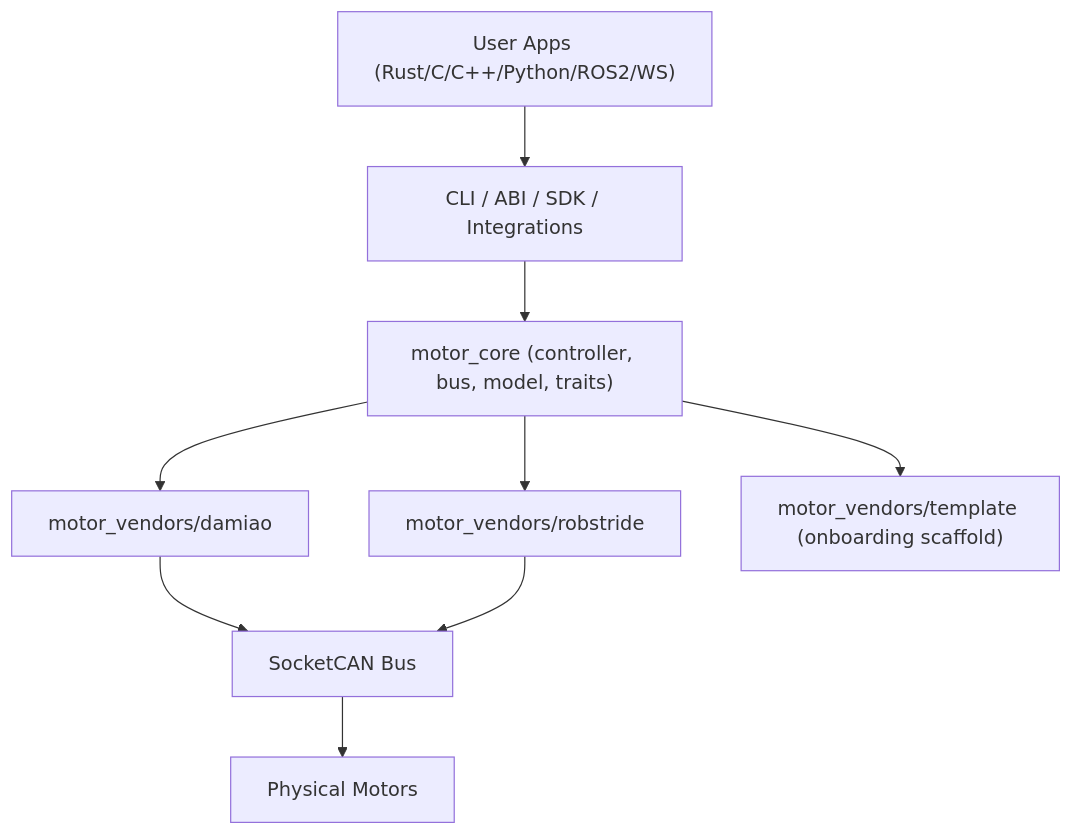
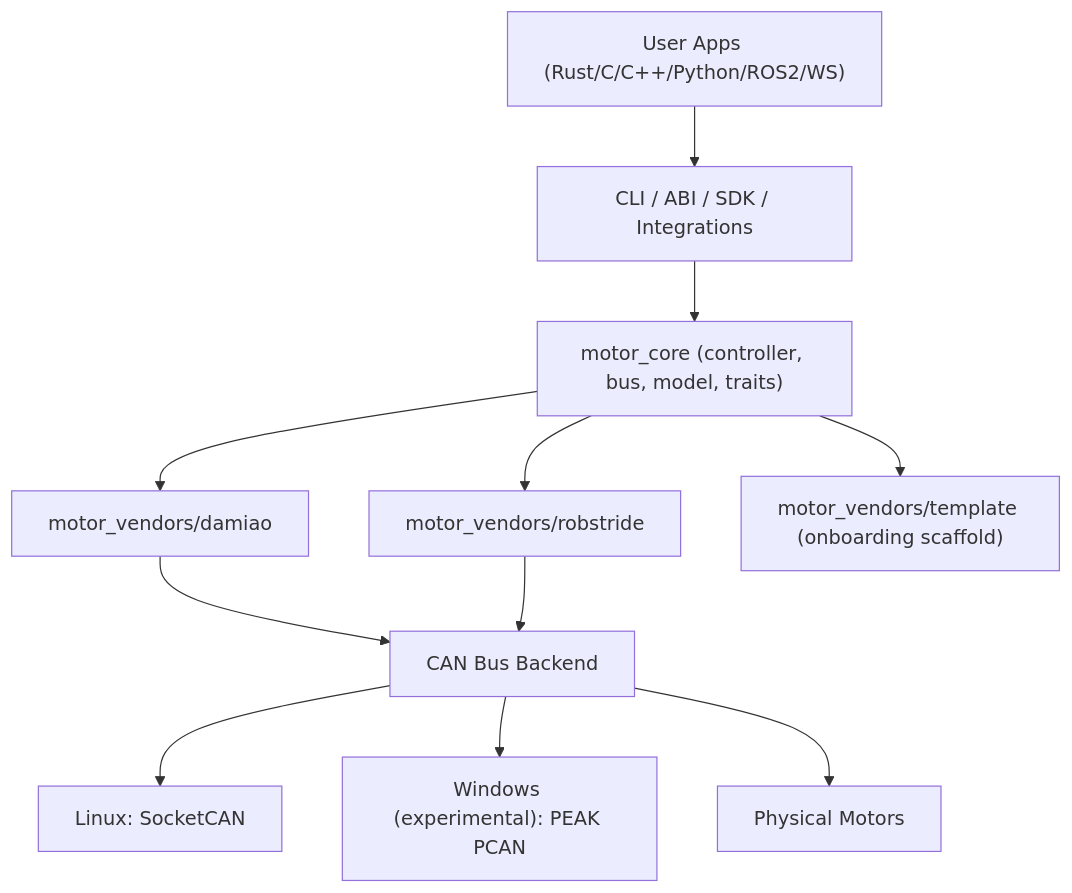
The first of 2 diagrams in docs/en/architecture.md (tianrking/motorbridge), drawn with Mermaid before and after one commit. The commit also changed other lines of this file and 30 other files, not shown here.

Commit message:
Add experimental Windows PCAN backend, packaging fixes, and docs

````diff
--- a/docs/en/architecture.md
+++ b/docs/en/architecture.md
@@ -5,11 +5,13 @@
 ```mermaid
 flowchart TB
   APP["User Apps (Rust/C/C++/Python/ROS2/WS)"] --> SURFACE["CLI / ABI / SDK / Integrations"]
   SURFACE --> CORE["motor_core (controller, bus, model, traits)"]
   CORE --> DAMIAO["motor_vendors/damiao"]
   CORE --> ROBSTRIDE["motor_vendors/robstride"]
   CORE --> TEMPLATE["motor_vendors/template (onboarding scaffold)"]
-  DAMIAO --> CAN["SocketCAN Bus"]
+  DAMIAO --> CAN["CAN Bus Backend"]
   ROBSTRIDE --> CAN
+  CAN --> LNX["Linux: SocketCAN"]
+  CAN --> WIN["Windows (experimental): PEAK PCAN"]
   CAN --> HW["Physical Motors"]
 ```
````
